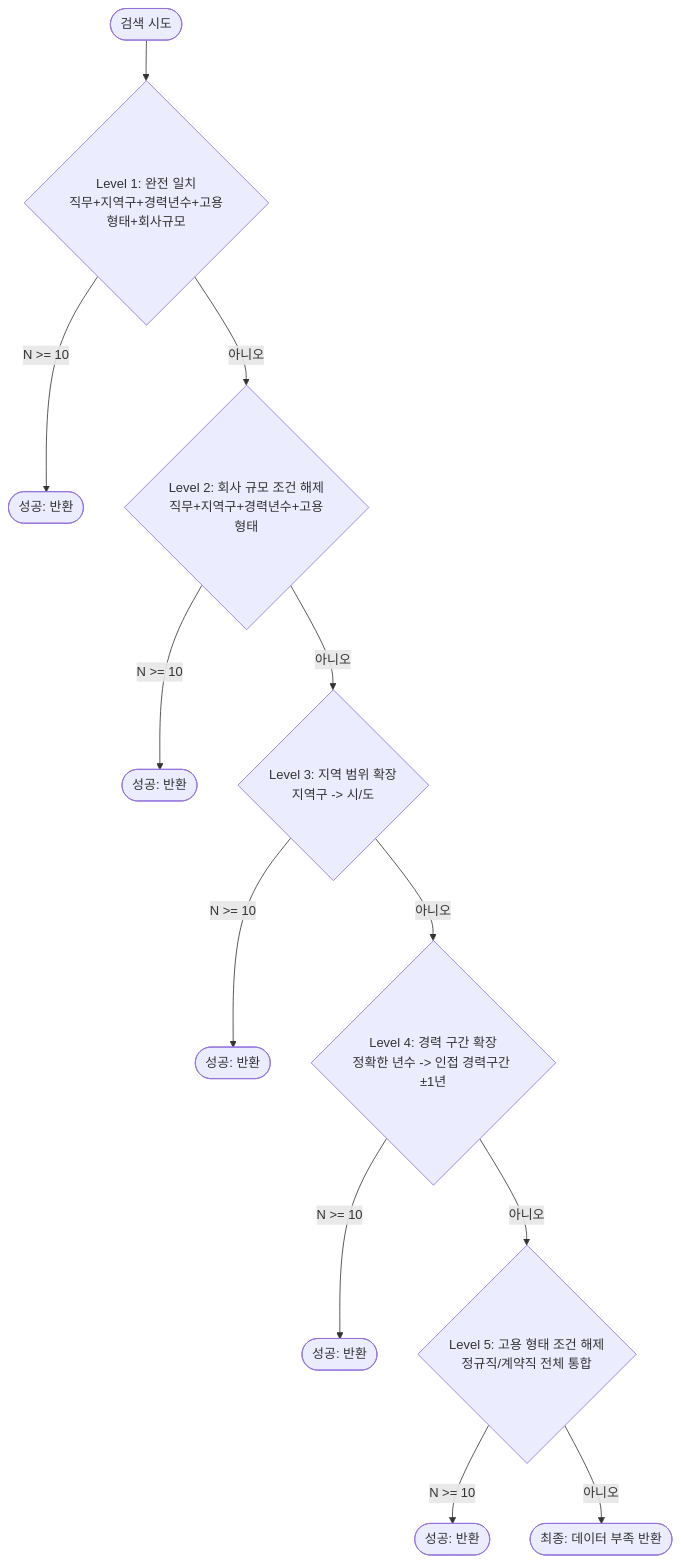
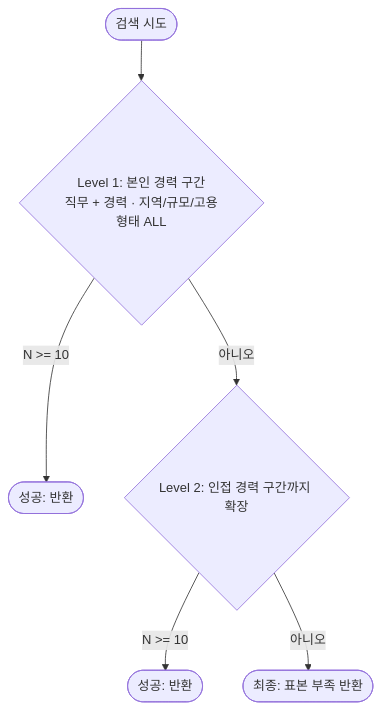
One commit to SeoHyeokGyu/Carix changed the diagram in docs/specs/domain-logic.md. Above: the diagram before and after it, drawn with Mermaid. The commit also changed other lines of this file and 4 other files, not shown here.

````diff
--- a/docs/specs/domain-logic.md
+++ b/docs/specs/domain-logic.md
@@ -70,14 +75,8 @@
 ```mermaid
 flowchart TD
-    Start([검색 시도]) --> L1{Level 1: 완전 일치<br>직무+지역구+경력년수+고용형태+회사규모}
+    Start([검색 시도]) --> L1{Level 1: 본인 경력 구간<br>직무 + 경력 · 지역/규모/고용형태 ALL}
     L1 -->|N >= 10| Success1([성공: 반환])
-    L1 -->|아니오| L2{Level 2: 회사 규모 조건 해제<br>직무+지역구+경력년수+고용형태}
+    L1 -->|아니오| L2{Level 2: 인접 경력 구간까지 확장}
     L2 -->|N >= 10| Success2([성공: 반환])
-    L2 -->|아니오| L3{Level 3: 지역 범위 확장<br>지역구 -> 시/도}
-    L3 -->|N >= 10| Success3([성공: 반환])
-    L3 -->|아니오| L4{Level 4: 경력 구간 확장<br>정확한 년수 -> 인접 경력구간 ±1년}
-    L4 -->|N >= 10| Success4([성공: 반환])
-    L4 -->|아니오| L5{Level 5: 고용 형태 조건 해제<br>정규직/계약직 전체 통합}
-    L5 -->|N >= 10| Success5([성공: 반환])
-    L5 -->|아니오| Fail([최종: 데이터 부족 반환])
+    L2 -->|아니오| Fail([최종: 표본 부족 반환])
 ```
````
